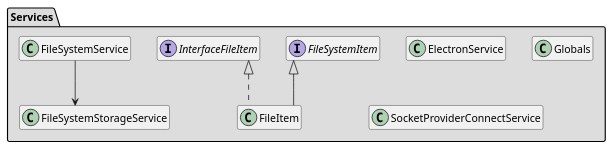
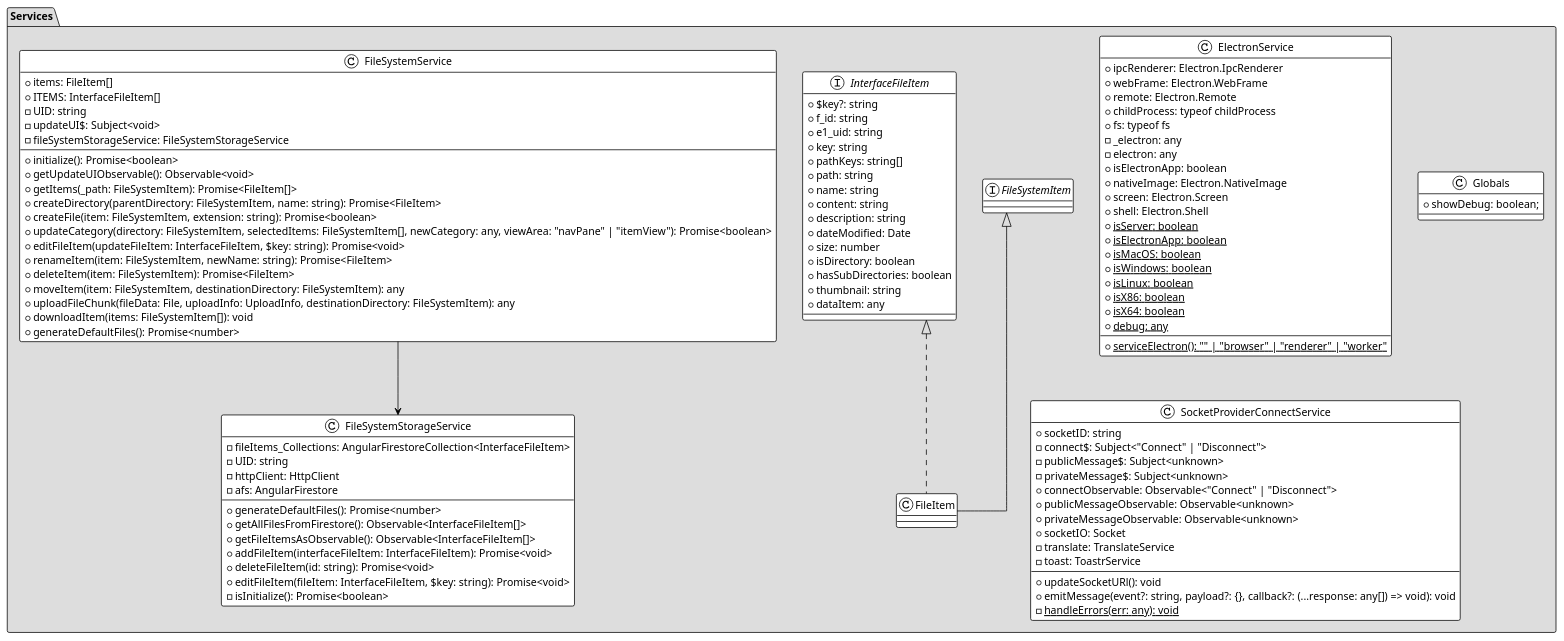
Before and after one commit to nonodev96/THUMDER: the diagram in UML/THUMDER-core-Services.puml, drawn with PlantUML. The commit also changed 25 other files, not shown here.

First line of the commit message:
Refactor in all firebase method with new modular functions and providers for electron.

```diff
--- a/UML/THUMDER-core-Services.puml
+++ b/UML/THUMDER-core-Services.puml
@@ -1,113 +1,115 @@
 @startuml
-hide class fields
-hide class method
-hide interface fields
-hide interface method
+!theme plain
+'hide class fields
+'hide class method
+'hide interface fields
+'hide interface method
 
+skinparam defaultFontName "JetBrains Mono"
 skinparam linetype ortho
 
 package Services #DDDDDD {
   class ElectronService {
     +ipcRenderer: Electron.IpcRenderer
     +webFrame: Electron.WebFrame
     +remote: Electron.Remote
     +childProcess: typeof childProcess
     +fs: typeof fs
     -_electron: any
     -electron: any
     +isElectronApp: boolean
     +nativeImage: Electron.NativeImage
     +screen: Electron.Screen
     +shell: Electron.Shell
-    +{static} isElectron(): "" | "browser" | "renderer" | "worker"
+    +{static} serviceElectron(): "" | "browser" | "renderer" | "worker"
     +{static} isServer: boolean
     +{static} isElectronApp: boolean
     +{static} isMacOS: boolean
     +{static} isWindows: boolean
     +{static} isLinux: boolean
     +{static} isX86: boolean
     +{static} isX64: boolean
     +{static} debug: any
   }
   interface FileSystemItem {
   }
   interface InterfaceFileItem {
     +$key?: string
     +f_id: string
     +e1_uid: string
     +key: string
     +pathKeys: string[]
     +path: string
     +name: string
     +content: string
     +description: string
     +dateModified: Date
     +size: number
     +isDirectory: boolean
     +hasSubDirectories: boolean
     +thumbnail: string
     +dataItem: any
   }
   class FileItem extends FileSystemItem implements InterfaceFileItem {
   }
   class FileSystemService {
     +items: FileItem[]
     +ITEMS: InterfaceFileItem[]
     -UID: string
     -updateUI$: Subject<void>
     -fileSystemStorageService: FileSystemStorageService
     +initialize(): Promise<boolean>
     +getUpdateUIObservable(): Observable<void>
     +getItems(_path: FileSystemItem): Promise<FileItem[]>
     +createDirectory(parentDirectory: FileSystemItem, name: string): Promise<FileItem>
     +createFile(item: FileSystemItem, extension: string): Promise<boolean>
     +updateCategory(directory: FileSystemItem, selectedItems: FileSystemItem[], newCategory: any, viewArea: "navPane" | "itemView"): Promise<boolean>
     +editFileItem(updateFileItem: InterfaceFileItem, $key: string): Promise<void>
     +renameItem(item: FileSystemItem, newName: string): Promise<FileItem>
     +deleteItem(item: FileSystemItem): Promise<FileItem>
     +moveItem(item: FileSystemItem, destinationDirectory: FileSystemItem): any
     +uploadFileChunk(fileData: File, uploadInfo: UploadInfo, destinationDirectory: FileSystemItem): any
     +downloadItem(items: FileSystemItem[]): void
     +generateDefaultFiles(): Promise<number>
   }
   class FileSystemStorageService {
     -fileItems_Collections: AngularFirestoreCollection<InterfaceFileItem>
     -UID: string
     -httpClient: HttpClient
     -afs: AngularFirestore
     +generateDefaultFiles(): Promise<number>
     +getAllFilesFromFirestore(): Observable<InterfaceFileItem[]>
     +getFileItemsAsObservable(): Observable<InterfaceFileItem[]>
     +addFileItem(interfaceFileItem: InterfaceFileItem): Promise<void>
     +deleteFileItem(id: string): Promise<void>
     +editFileItem(fileItem: InterfaceFileItem, $key: string): Promise<void>
     -isInitialize(): Promise<boolean>
   }
 
   class Globals {
     +showDebug: boolean;
   }
 
   class SocketProviderConnectService {
     +socketID: string
     -connect$: Subject<"Connect" | "Disconnect">
     -publicMessage$: Subject<unknown>
     -privateMessage$: Subject<unknown>
     +connectObservable: Observable<"Connect" | "Disconnect">
     +publicMessageObservable: Observable<unknown>
     +privateMessageObservable: Observable<unknown>
     +socketIO: Socket
     -translate: TranslateService
     -toast: ToastrService
     +updateSocketURl(): void
     +emitMessage(event?: string, payload?: {}, callback?: (...response: any[]) => void): void
     -{static} handleErrors(err: any): void
   }
 
   FileSystemService --> FileSystemStorageService
 '  ElectronService -[hidden]- FileSystemService
 '  FileSystemStorageService -[hidden]- Globals
 '  Globals -[hidden]- SocketProviderConnectService
 }
 
 @enduml
```
